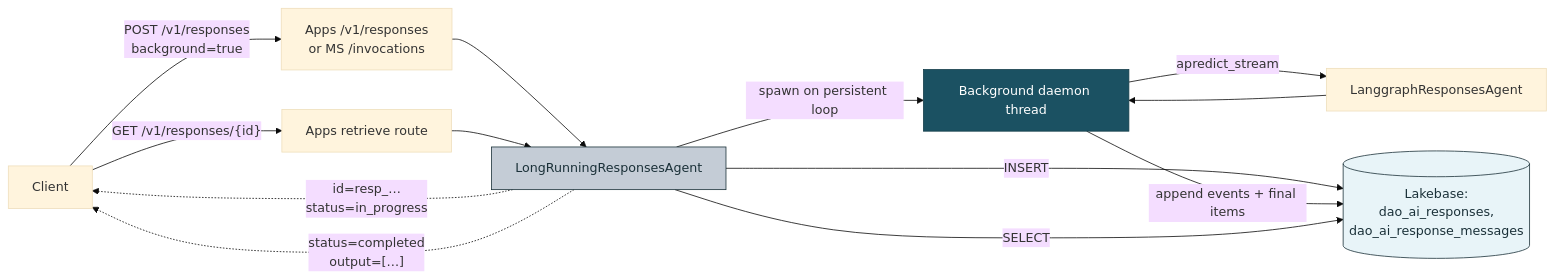
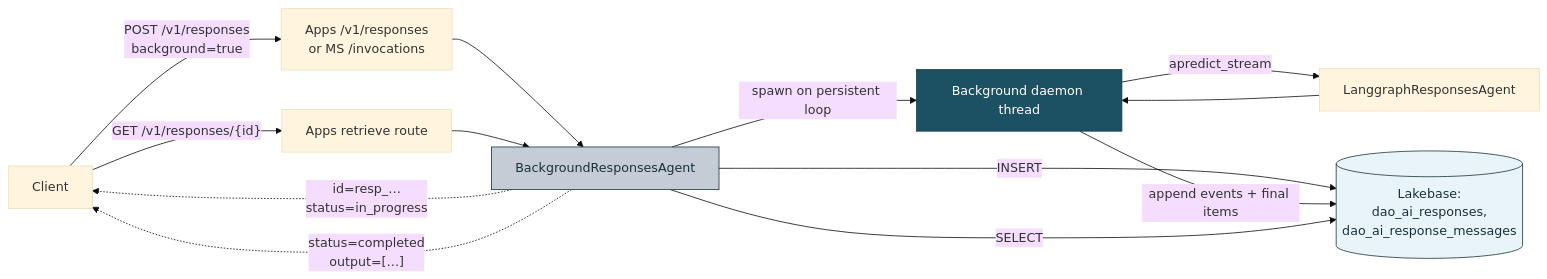
The fifth of 5 diagrams in docs/key-capabilities.md (natefleming/retail-ai), drawn with Mermaid (base theme) before and after one commit. The commit also changed other lines of this file and 27 other files, not shown here.

````diff
--- a/docs/key-capabilities.md
+++ b/docs/key-capabilities.md
@@ -2047,21 +2047,21 @@
 ```mermaid
 flowchart LR
     Client -->|"POST /v1/responses<br/>background=true"| Route[Apps /v1/responses<br/>or MS /invocations]
-    Route --> Wrapper[LongRunningResponsesAgent]
+    Route --> Wrapper[BackgroundResponsesAgent]
     Wrapper -->|spawn on persistent loop| BG[Background daemon thread]
     Wrapper -->|INSERT| DB[(Lakebase:<br/>dao_ai_responses,<br/>dao_ai_response_messages)]
     Wrapper -.->|"id=resp_…<br/>status=in_progress"| Client
 
     BG -->|apredict_stream| Inner[LanggraphResponsesAgent]
     Inner --> BG
     BG -->|append events + final items| DB
 
     Client -->|"GET /v1/responses/{id}"| Route2[Apps retrieve route]
     Route2 --> Wrapper
     Wrapper -->|SELECT| DB
     Wrapper -.->|"status=completed<br/>output=[…]"| Client
 
     style Wrapper fill:#C4CCD6,stroke:#1B3139,color:#1B3139
     style BG fill:#1B5162,stroke:#143D4A,color:#fff
     style DB fill:#E8F4F8,stroke:#1B3139,color:#1B3139
 ```
````
